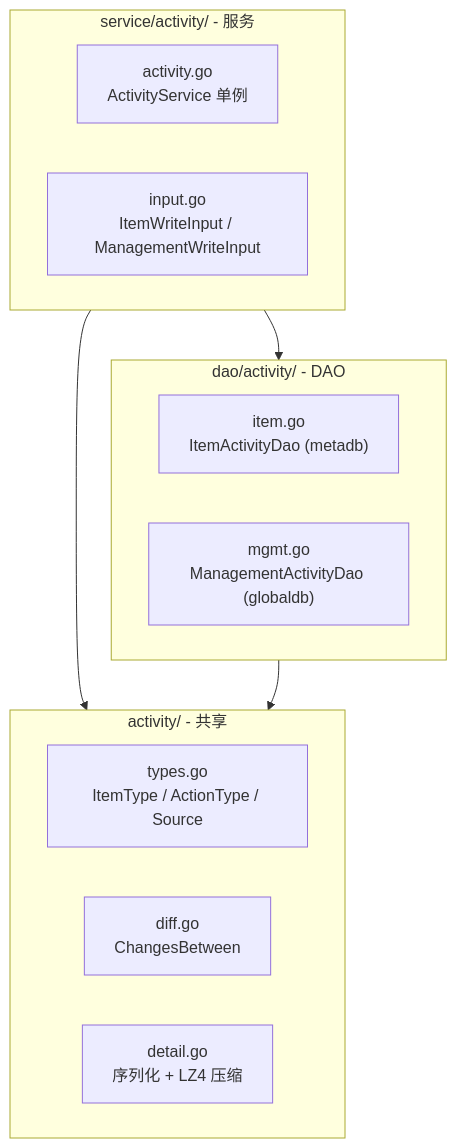
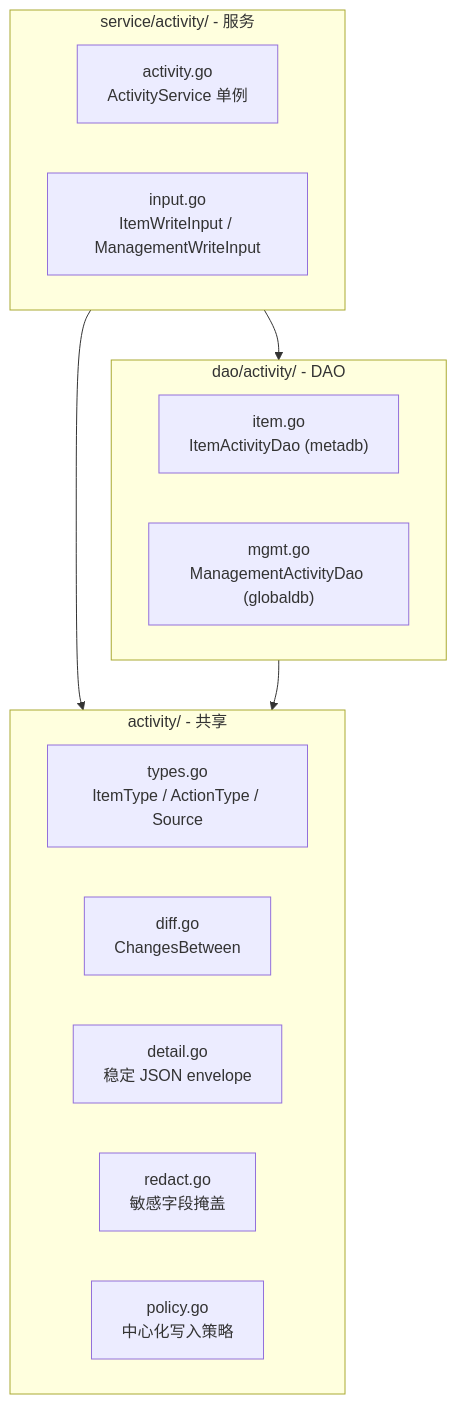
Before and after one commit to qinwenshiCH/workflow: the diagram in specs/20260626-Wave-Feat-AddAuditLog/architecture.md, drawn with Mermaid. The commit also changed other lines of this file and 5 other files, not shown here.

````diff
--- a/specs/20260626-Wave-Feat-AddAuditLog/architecture.md
+++ b/specs/20260626-Wave-Feat-AddAuditLog/architecture.md
@@ -35,19 +38,21 @@
 ```mermaid
 flowchart TD
     subgraph types["activity/ - 共享"]
         types_go["types.go<br/>ItemType / ActionType / Source"]
         diff_go["diff.go<br/>ChangesBetween"]
-        detail_go["detail.go<br/>序列化 + LZ4 压缩"]
+        detail_go["detail.go<br/>稳定 JSON envelope"]
+        redact_go["redact.go<br/>敏感字段掩盖"]
+        policy_go["policy.go<br/>中心化写入策略"]
     end
     subgraph dao["dao/activity/ - DAO"]
         item_dao["item.go<br/>ItemActivityDao (metadb)"]
         mgmt_dao["mgmt.go<br/>ManagementActivityDao (globaldb)"]
     end
     subgraph svc["service/activity/ - 服务"]
         svc_go["activity.go<br/>ActivityService 单例"]
         input_go["input.go<br/>ItemWriteInput / ManagementWriteInput"]
     end
     svc --> dao
     svc --> types
     dao --> types
 ```
````
